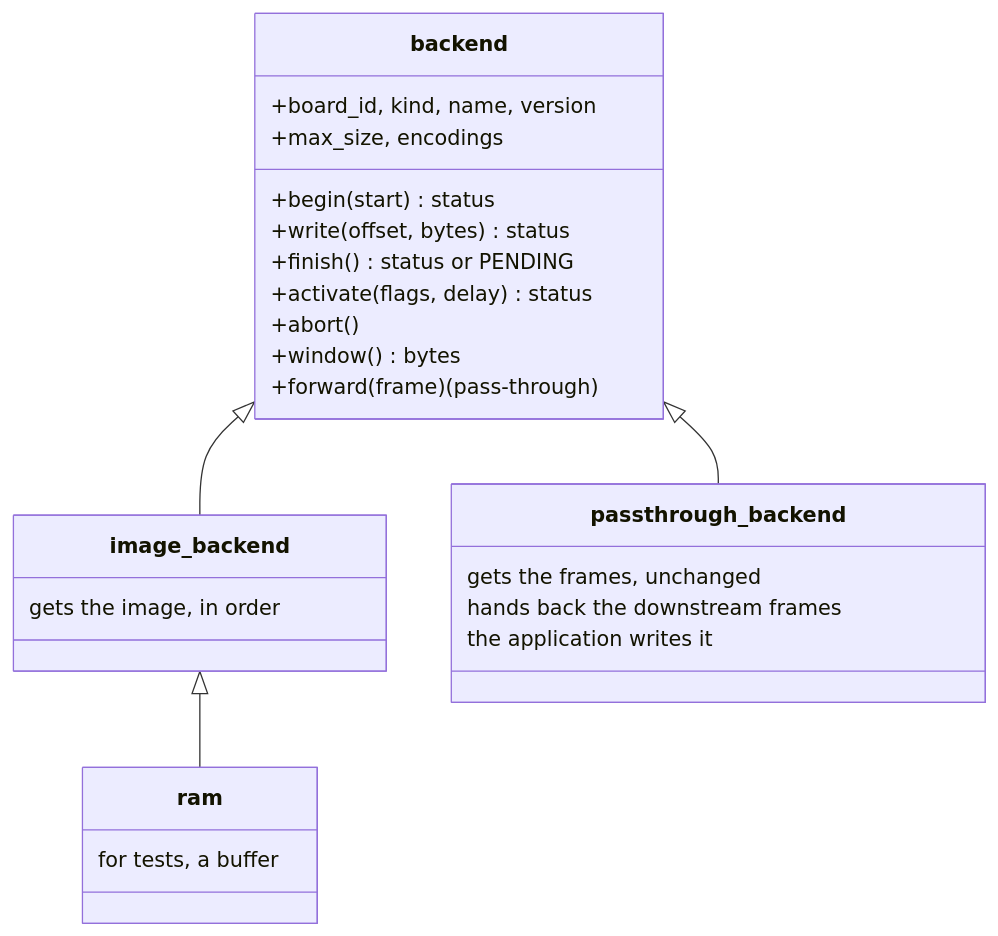
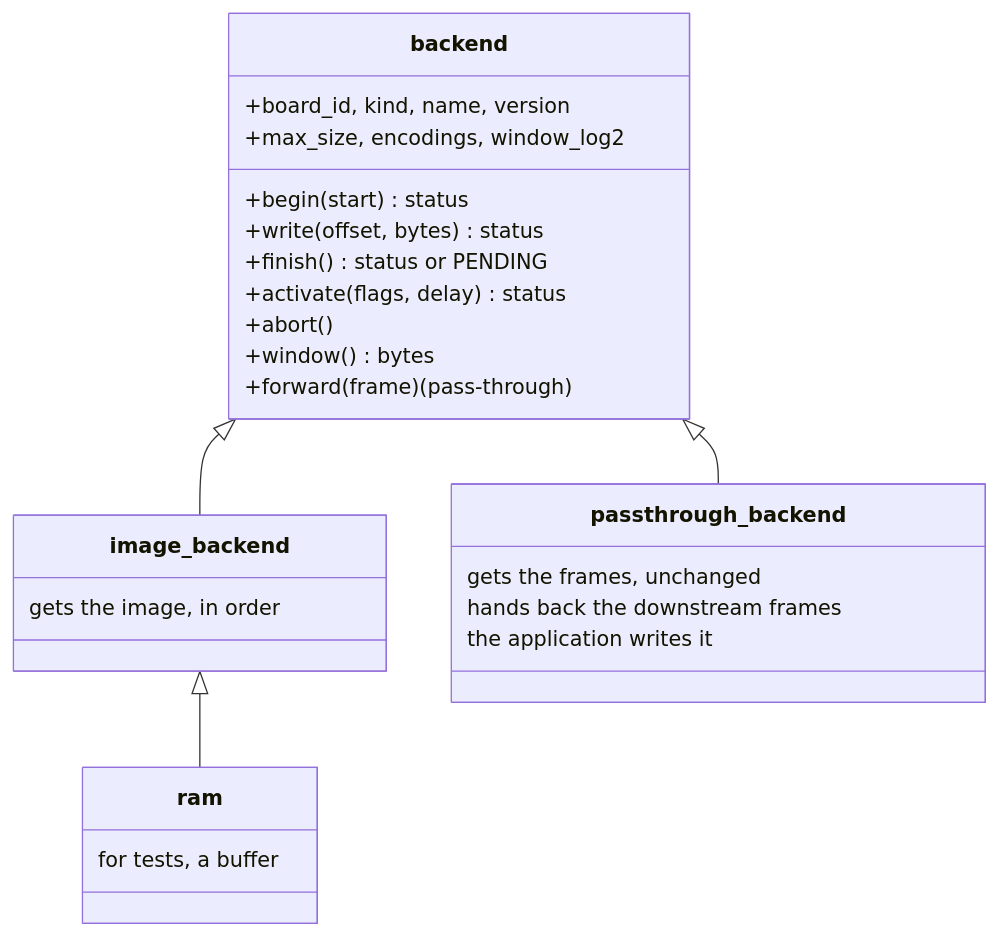
Diagram 11 of 14 in DESIGN.md (fvsolutions-dev/dfukit), drawn with Mermaid before and after one commit. The commit also changed other lines of this file and 20 other files, not shown here.

````diff
--- a/DESIGN.md
+++ b/DESIGN.md
@@ -374,28 +383,28 @@
 ```mermaid
 classDiagram
     class backend {
         +board_id, kind, name, version
-        +max_size, encodings
+        +max_size, encodings, window_log2
         +begin(start) status
         +write(offset, bytes) status
         +finish() status or PENDING
         +activate(flags, delay) status
         +abort()
         +window() bytes
         +forward(frame) (pass-through)
     }
     class image_backend {
         gets the image, in order
     }
     class passthrough_backend {
         gets the frames, unchanged
         hands back the downstream frames
         the application writes it
     }
     class ram {
         for tests, a buffer
     }
     backend <|-- image_backend
     backend <|-- passthrough_backend
     image_backend <|-- ram
 ```
````
